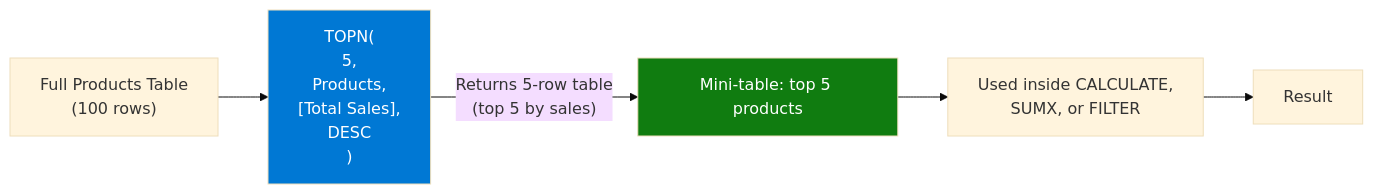
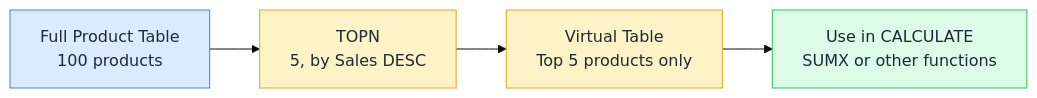
One commit to behnia137/dax-visual changed the diagram in patterns/topn.md. Above: the diagram before and after it, drawn with Mermaid (base theme). The commit also changed other lines of this file and 21 other files, not shown here.

````diff
--- a/patterns/topn.md
+++ b/patterns/topn.md
@@ -9,10 +7,10 @@
 ```mermaid
 flowchart LR
-    A["Full Products Table\n(100 rows)"] --> B["TOPN(\n  5,\n  Products,\n  [Total Sales],\n  DESC\n)"]
-    B -->|"Returns 5-row table\n(top 5 by sales)"| C["Mini-table: top 5 products"]
-    C --> D["Used inside CALCULATE,\nSUMX, or FILTER"]
-    D --> E[Result]
-
-    style B fill:#0078d4,color:#fff
-    style C fill:#107c10,color:#fff
+    A[Full Product Table\n100 products] --> B[TOPN\n5, by Sales DESC]
+    B --> C[Virtual Table\nTop 5 products only]
+    C --> D[Use in CALCULATE\nSUMX or other functions]
+    style A fill:#dbeafe,stroke:#3b82f6,color:#1f2937
+    style B fill:#fef3c7,stroke:#f59e0b,color:#1f2937
+    style C fill:#fef3c7,stroke:#f59e0b,color:#1f2937
+    style D fill:#dcfce7,stroke:#22c55e,color:#1f2937
 ```
````
